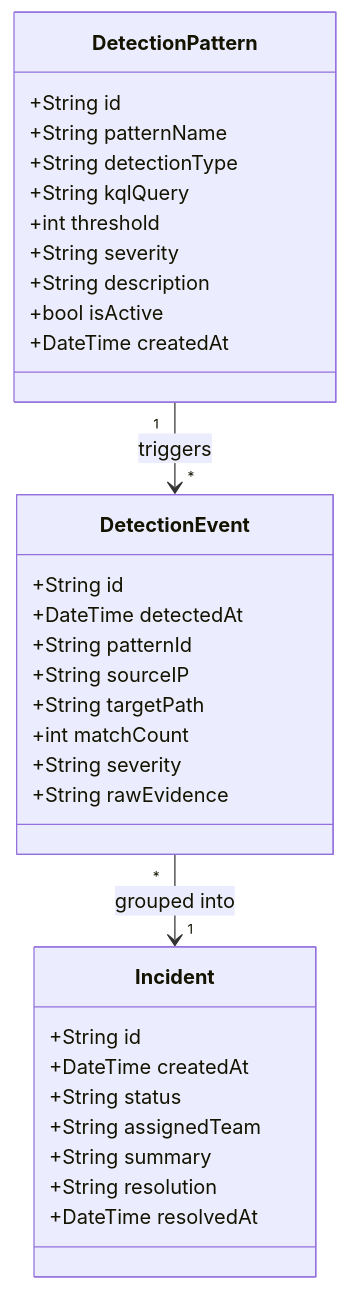
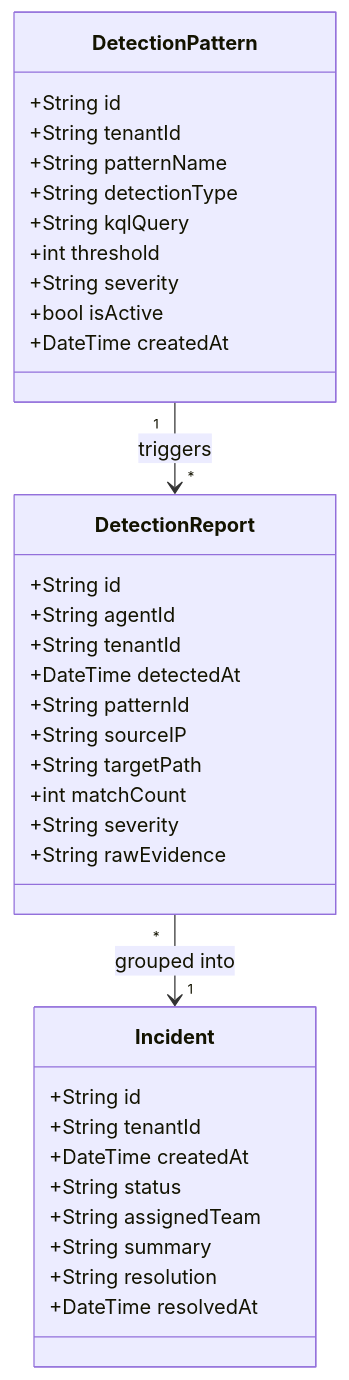
Before and after one commit to chjcmy/study: diagram 14 of 21 in azure/projects/log-doctor-plan.md, drawn with Mermaid. The commit also changed other lines of this file, not shown here.

````diff
--- a/azure/projects/log-doctor-plan.md
+++ b/azure/projects/log-doctor-plan.md
@@ -587,38 +545,41 @@
 ```mermaid
 classDiagram
     class DetectionPattern {
         +String id
+        +String tenantId
         +String patternName
         +String detectionType
         +String kqlQuery
         +int threshold
         +String severity
-        +String description
         +bool isActive
         +DateTime createdAt
     }
 
-    class DetectionEvent {
+    class DetectionReport {
         +String id
+        +String agentId
+        +String tenantId
         +DateTime detectedAt
         +String patternId
         +String sourceIP
         +String targetPath
         +int matchCount
         +String severity
         +String rawEvidence
     }
 
     class Incident {
         +String id
+        +String tenantId
         +DateTime createdAt
         +String status
         +String assignedTeam
         +String summary
         +String resolution
         +DateTime resolvedAt
     }
 
-    DetectionPattern "1" --> "*" DetectionEvent : triggers
-    DetectionEvent "*" --> "1" Incident : grouped into
+    DetectionPattern "1" --> "*" DetectionReport : triggers
+    DetectionReport "*" --> "1" Incident : grouped into
 ```
````
